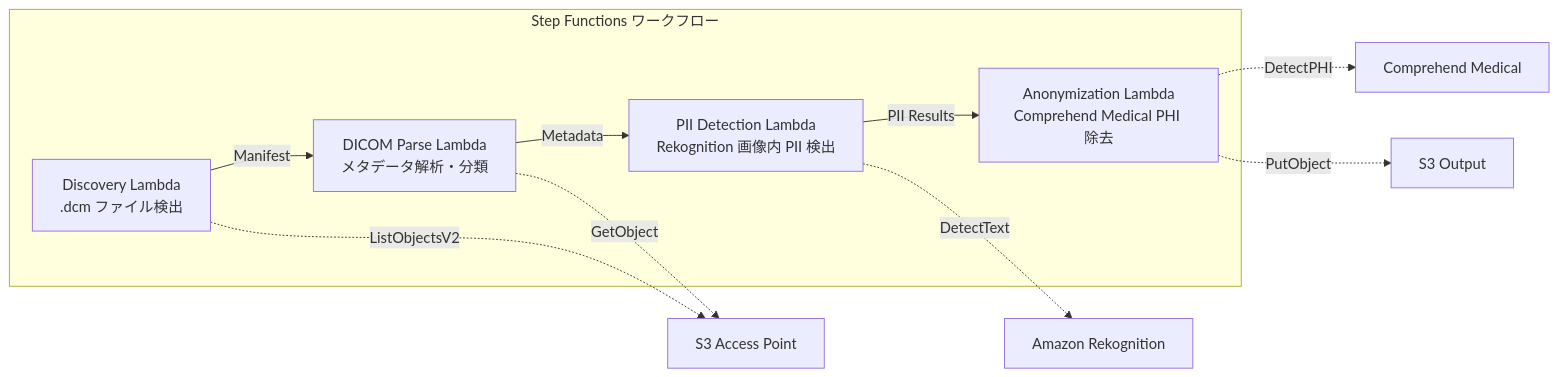
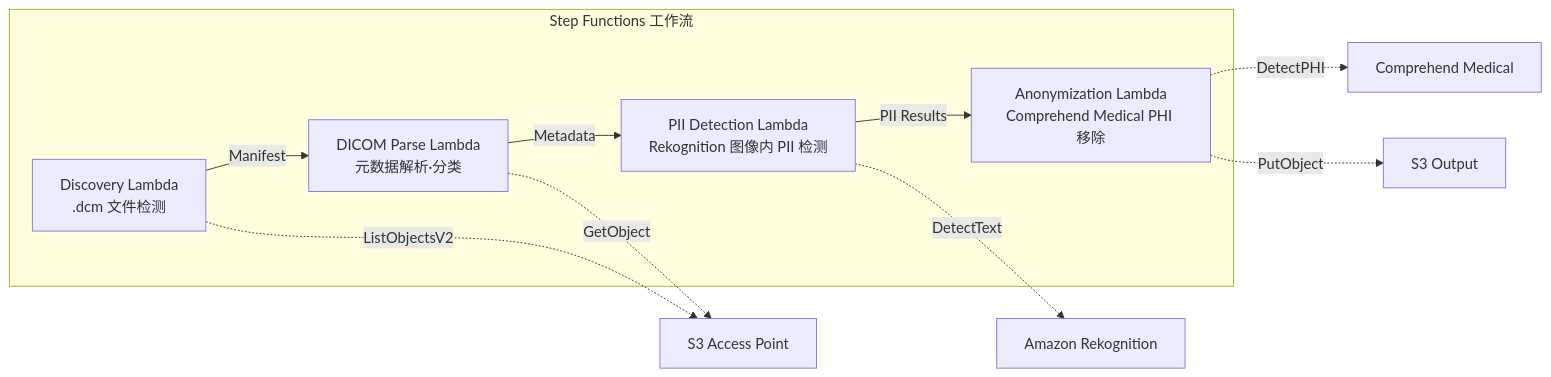
Before and after one commit to Yoshiki0705/FSx-for-ONTAP-S3AccessPoints-Serverless-Patterns: the diagram in solutions/industry/healthcare-dicom/README.zh-CN.md, drawn with Mermaid. The commit also changed other lines of this file and 20 other files, not shown here.

````diff
--- a/solutions/industry/healthcare-dicom/README.zh-CN.md
+++ b/solutions/industry/healthcare-dicom/README.zh-CN.md
@@ -44,19 +56,19 @@
 ```mermaid
 graph LR
-    subgraph "Step Functions ワークフロー"
-        D[Discovery Lambda<br/>.dcm ファイル検出]
-        DP[DICOM Parse Lambda<br/>メタデータ解析・分類]
-        PII[PII Detection Lambda<br/>Rekognition 画像内 PII 検出]
-        ANON[Anonymization Lambda<br/>Comprehend Medical PHI 除去]
+    subgraph "Step Functions 工作流"
+        D[Discovery Lambda<br/>.dcm 文件检测]
+        DP[DICOM Parse Lambda<br/>元数据解析·分类]
+        PII[PII Detection Lambda<br/>Rekognition 图像内 PII 检测]
+        ANON[Anonymization Lambda<br/>Comprehend Medical PHI 移除]
     end
 
     D -->|Manifest| DP
     DP -->|Metadata| PII
     PII -->|PII Results| ANON
 
     D -.->|ListObjectsV2| S3AP[S3 Access Point]
     DP -.->|GetObject| S3AP
     PII -.->|DetectText| Rekognition[Amazon Rekognition]
     ANON -.->|DetectPHI| CM[Comprehend Medical]
     ANON -.->|PutObject| S3OUT[S3 Output]
 ```
````
